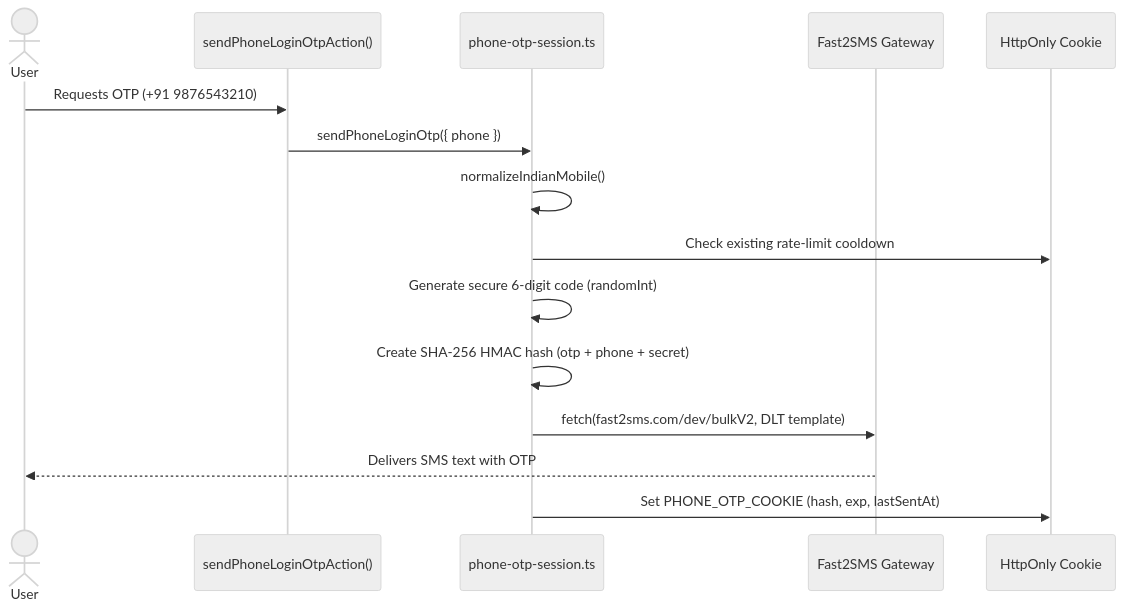
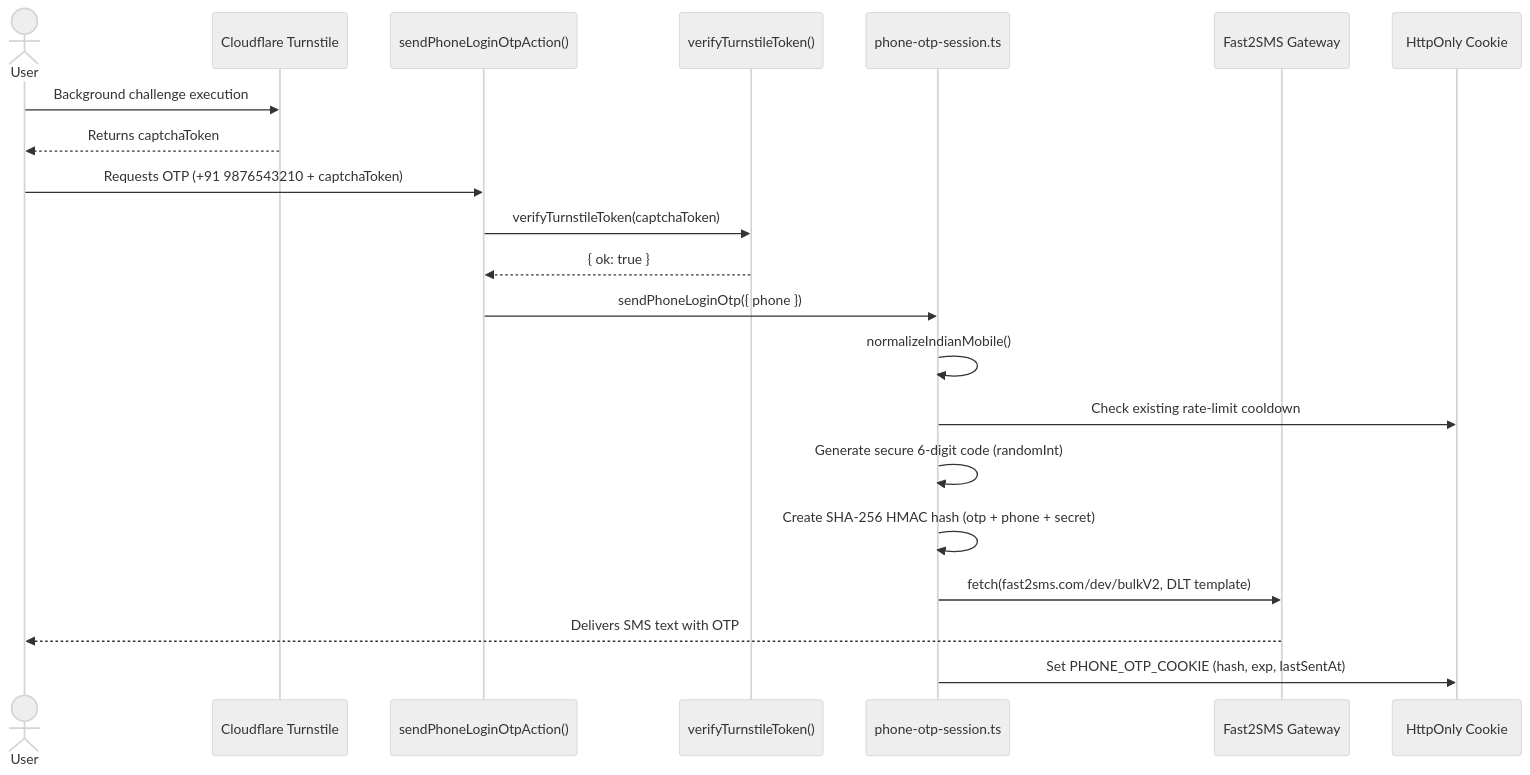
One commit to isha-mistry/neet-ug changed the fourth of 5 diagrams in docs/PROJECT_FLOW.md. Above: the diagram before and after it, drawn with Mermaid (neutral theme). The commit also changed other lines of this file and 24 other files, not shown here.

First line of the commit message:
feat(captcha): integrate Cloudflare Turnstile for enhanced bot protection

````diff
--- a/docs/PROJECT_FLOW.md
+++ b/docs/PROJECT_FLOW.md
@@ -238,18 +254,24 @@
 ```mermaid
 sequenceDiagram
     actor User
+    participant Captcha as Cloudflare Turnstile
     participant Action as sendPhoneLoginOtpAction()
+    participant Verify as verifyTurnstileToken()
     participant Session as phone-otp-session.ts
     participant SMS as Fast2SMS Gateway
     participant Cookie as HttpOnly Cookie
 
-    User->>Action: Requests OTP (+91 9876543210)
+    User->>Captcha: Background challenge execution
+    Captcha-->>User: Returns captchaToken
+    User->>Action: Requests OTP (+91 9876543210 + captchaToken)
+    Action->>Verify: verifyTurnstileToken(captchaToken)
+    Verify-->>Action: { ok: true }
     Action->>Session: sendPhoneLoginOtp({ phone })
     Session->>Session: normalizeIndianMobile()
     Session->>Cookie: Check existing rate-limit cooldown
     Session->>Session: Generate secure 6-digit code (randomInt)
     Session->>Session: Create SHA-256 HMAC hash (otp + phone + secret)
     Session->>SMS: fetch(fast2sms.com/dev/bulkV2, DLT template)
     SMS-->>User: Delivers SMS text with OTP
     Session->>Cookie: Set PHONE_OTP_COOKIE (hash, exp, lastSentAt)
 ```
````
